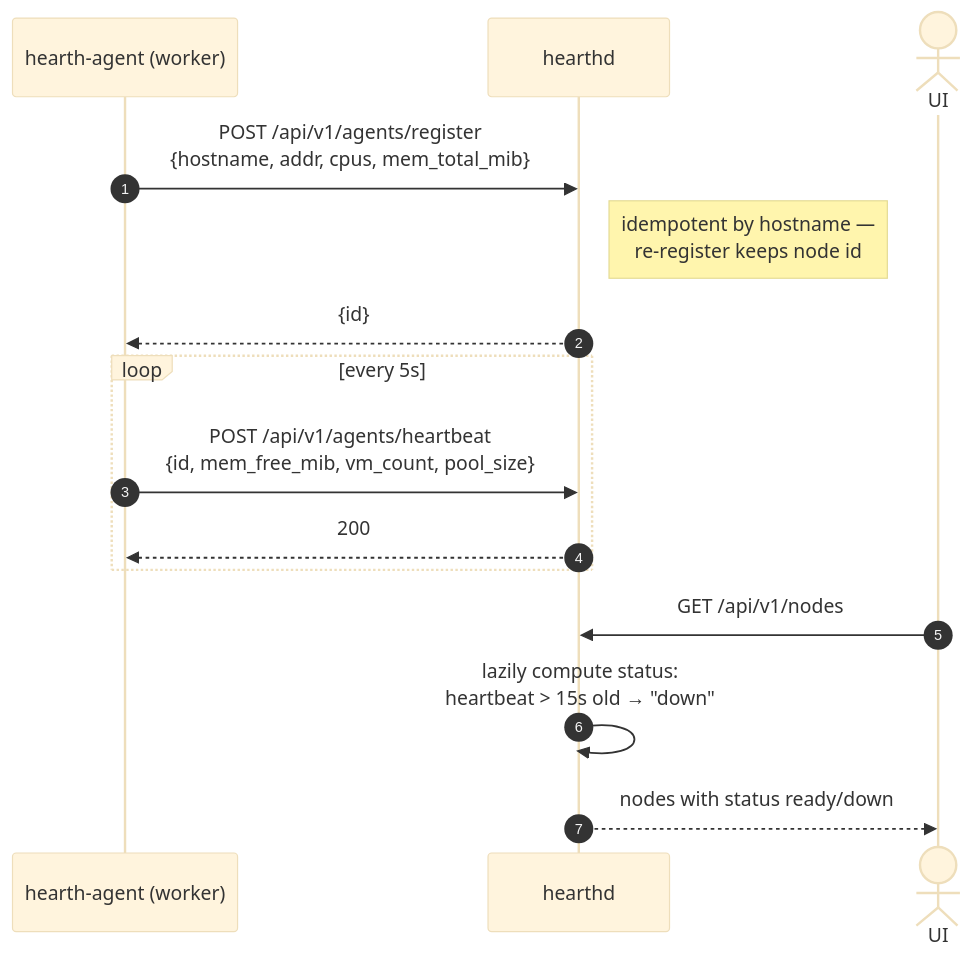
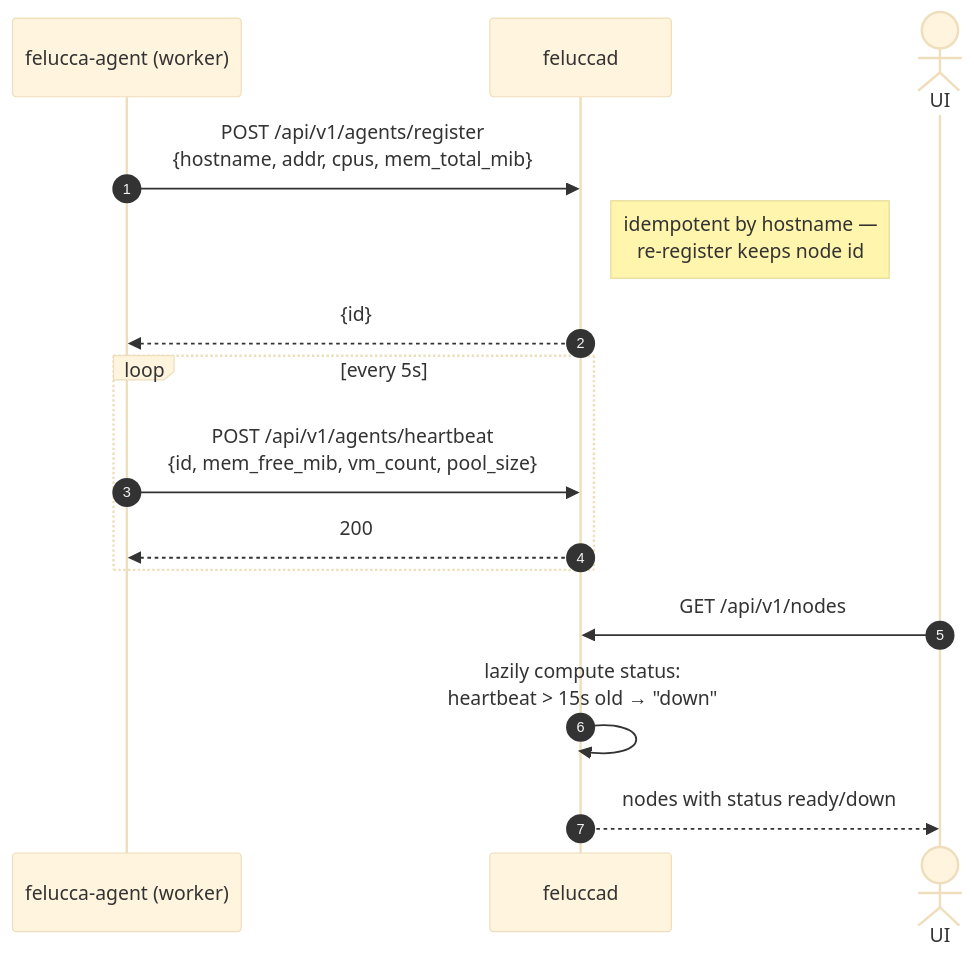
Before and after one commit to Sodoko-dev/felucca: the ninth of 11 diagrams in docs/ARCHITECTURE.md, drawn with Mermaid (base theme). The commit also changed other lines of this file and 192 other files, not shown here.

````diff
--- a/docs/ARCHITECTURE.md
+++ b/docs/ARCHITECTURE.md
@@ -410,18 +410,18 @@
 ```mermaid
 sequenceDiagram
     autonumber
-    participant A as hearth-agent (worker)
-    participant H as hearthd
+    participant A as felucca-agent (worker)
+    participant H as feluccad
     actor U as UI
 
     A->>H: POST /api/v1/agents/register<br/>{hostname, addr, cpus, mem_total_mib}
     Note right of H: idempotent by hostname —<br/>re-register keeps node id
     H-->>A: {id}
     loop every 5s
         A->>H: POST /api/v1/agents/heartbeat<br/>{id, mem_free_mib, vm_count, pool_size}
         H-->>A: 200
     end
     U->>H: GET /api/v1/nodes
     H->>H: lazily compute status:<br/>heartbeat > 15s old → "down"
     H-->>U: nodes with status ready/down
 ```
````
